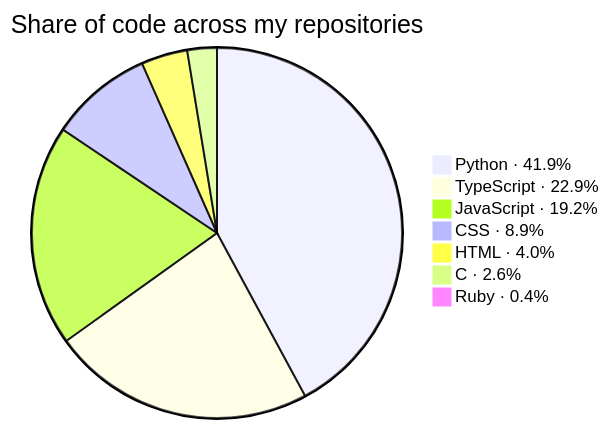
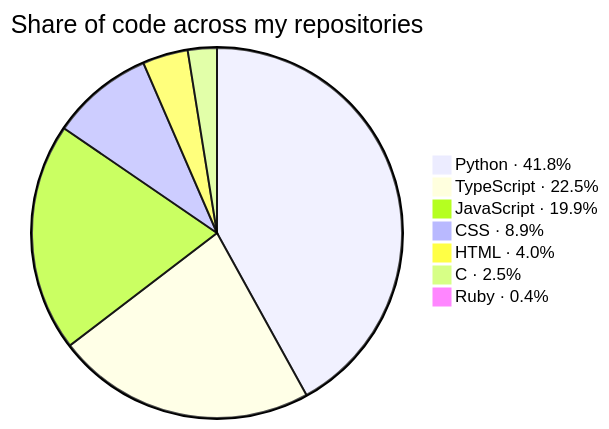
One commit to KathFK1234/KathFK1234 changed the second of 3 diagrams in README.md. Above: the diagram before and after it, drawn with Mermaid. The commit also changed other lines of this file and 4 other files, not shown here.

````diff
--- a/README.md
+++ b/README.md
@@ -109,11 +109,11 @@
 ```mermaid
 %%{init: {"themeVariables": {"pieSectionTextSize": "0px"}}}%%
 pie title Share of code across my repositories
-    "Python · 41.9%" : 1022.4
-    "TypeScript · 22.9%" : 558.3
-    "JavaScript · 19.2%" : 468.5
-    "CSS · 8.9%" : 217.8
+    "Python · 41.8%" : 1037.6
+    "TypeScript · 22.5%" : 559.6
+    "JavaScript · 19.9%" : 493.2
+    "CSS · 8.9%" : 221.0
     "HTML · 4.0%" : 98.1
-    "C · 2.6%" : 62.7
+    "C · 2.5%" : 62.7
     "Ruby · 0.4%" : 10.1
 ```
````
